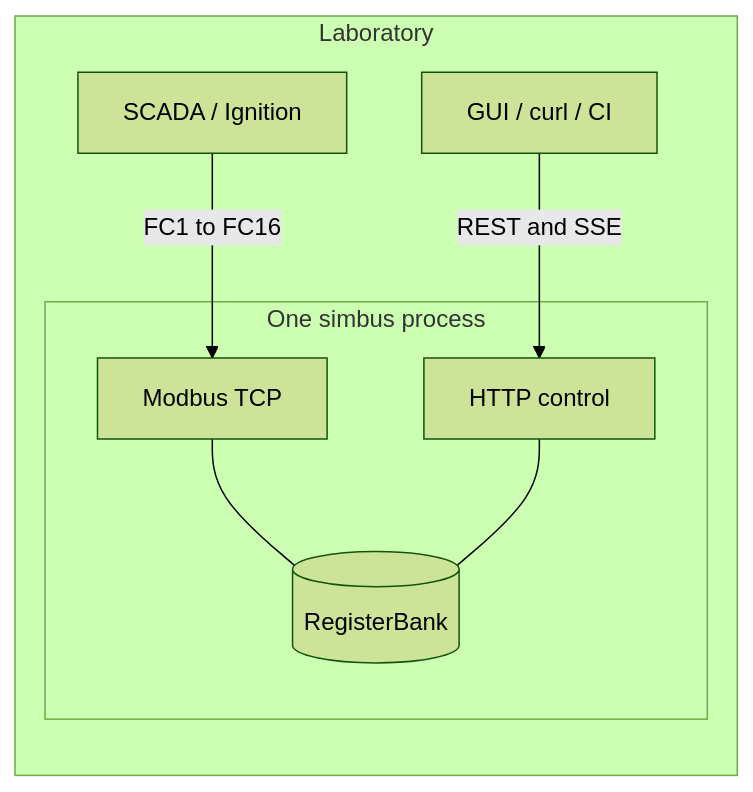
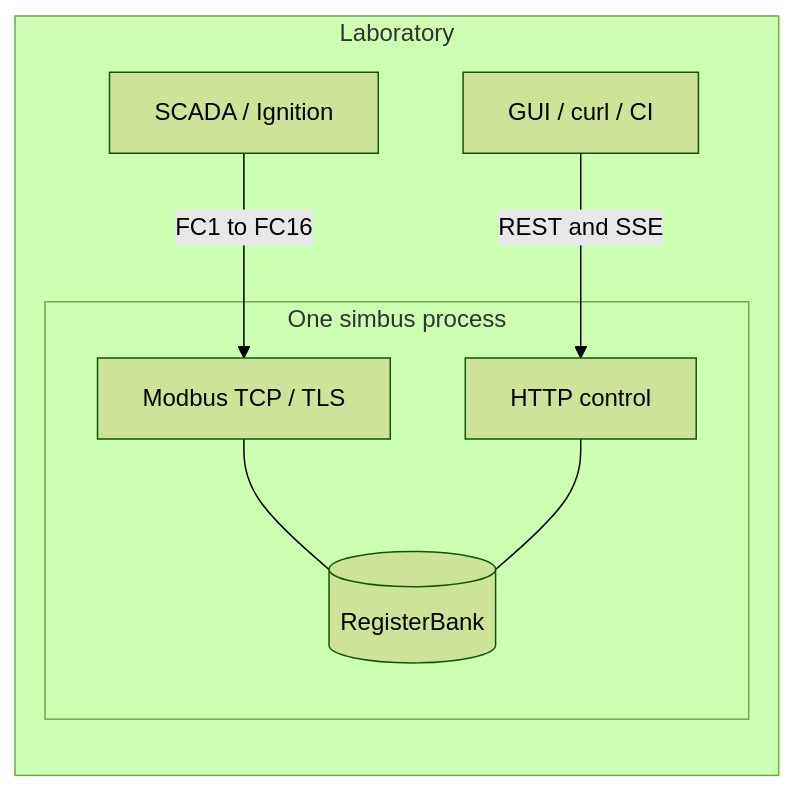
The first of 7 diagrams in docs/architecture.md (obsidia-systems/simbus), drawn with Mermaid (forest theme) before and after one commit. The commit also changed other lines of this file and 22 other files, not shown here.

First line of the commit message:
Implement Modbus TLS support and enhance documentation

````diff
--- a/docs/architecture.md
+++ b/docs/architecture.md
@@ -23,16 +24,16 @@
 ```mermaid
 flowchart LR
     subgraph lab [Laboratory]
         scada[SCADA / Ignition]
         gui[GUI / curl / CI]
         subgraph proc [One simbus process]
-            mb[Modbus TCP]
+            mb[Modbus TCP / TLS]
             http[HTTP control]
             bank[(RegisterBank)]
             mb --- bank
             http --- bank
         end
     end
     scada -->|FC1 to FC16| mb
     gui -->|REST and SSE| http
 ```
````
